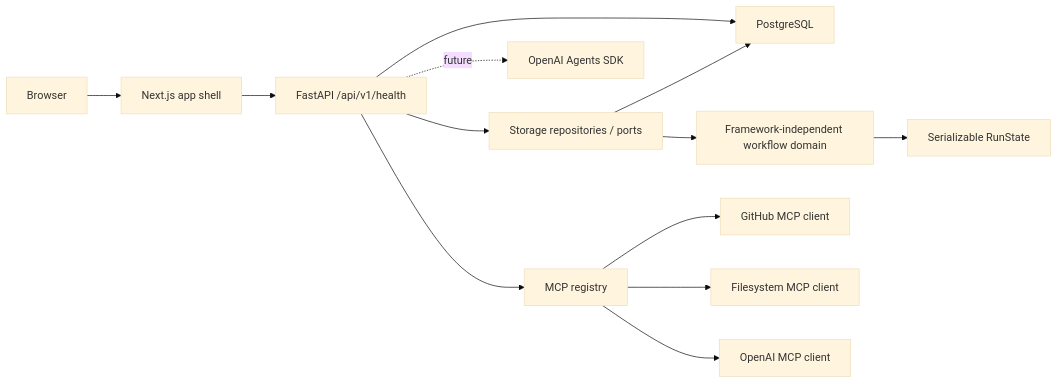
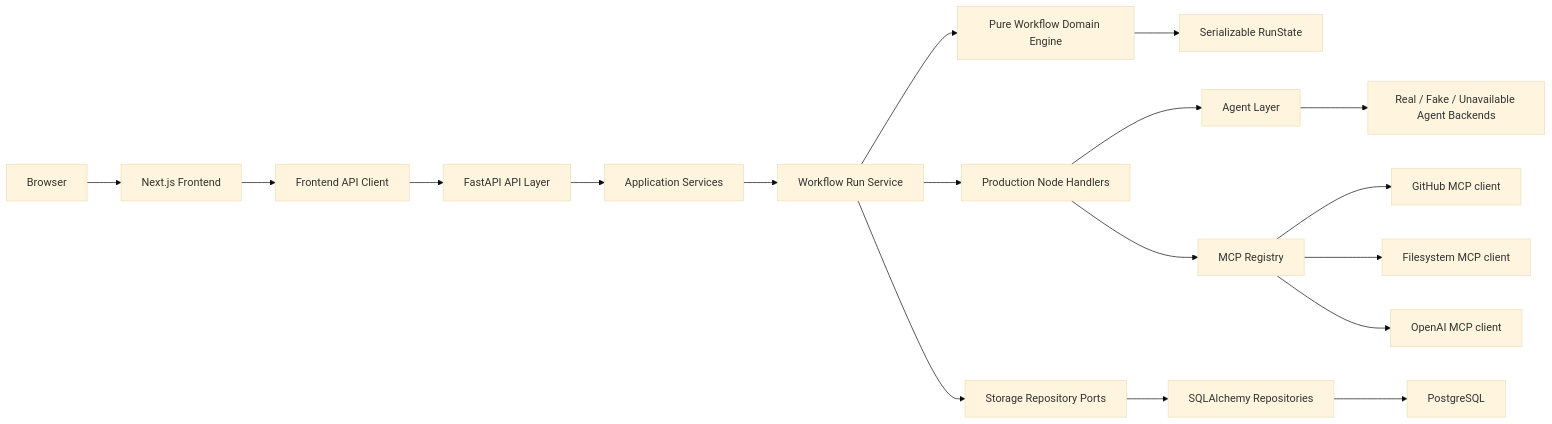
One commit to qurbaneliii/FlowPilot-MCP---AI-Workflow-Automation-Builder changed the diagram in docs/architecture.md. Above: the diagram before and after it, drawn with Mermaid (base theme). The commit also changed other lines of this file and 33 other files, not shown here.

Commit message:
Implement phase 4 agent layer

````diff
--- a/docs/architecture.md
+++ b/docs/architecture.md
@@ -7,15 +7,20 @@
 ```mermaid
 flowchart LR
-  Browser["Browser"] --> Frontend["Next.js app shell"]
-  Frontend --> Backend["FastAPI /api/v1/health"]
-  Backend --> Postgres["PostgreSQL"]
-  Backend --> Storage["Storage repositories / ports"]
-  Storage --> Postgres
-  Storage --> Domain["Framework-independent workflow domain"]
+  Browser["Browser"] --> Frontend["Next.js Frontend"]
+  Frontend --> ApiClient["Frontend API Client"]
+  ApiClient --> Backend["FastAPI API Layer"]
+  Backend --> Services["Application Services"]
+  Services --> RunService["Workflow Run Service"]
+  RunService --> Handlers["Production Node Handlers"]
+  RunService --> Domain["Pure Workflow Domain Engine"]
   Domain --> State["Serializable RunState"]
-  Backend -. future .-> Agents["OpenAI Agents SDK"]
-  Backend --> MCP["MCP registry"]
+  RunService --> StoragePorts["Storage Repository Ports"]
+  StoragePorts --> Storage["SQLAlchemy Repositories"]
+  Storage --> Postgres["PostgreSQL"]
+  Handlers --> Agents["Agent Layer"]
+  Handlers --> MCP["MCP Registry"]
+  Agents --> AgentBackends["Real / Fake / Unavailable Agent Backends"]
   MCP --> GitHub["GitHub MCP client"]
   MCP --> Filesystem["Filesystem MCP client"]
   MCP --> OpenAI["OpenAI MCP client"]
 ```
````
